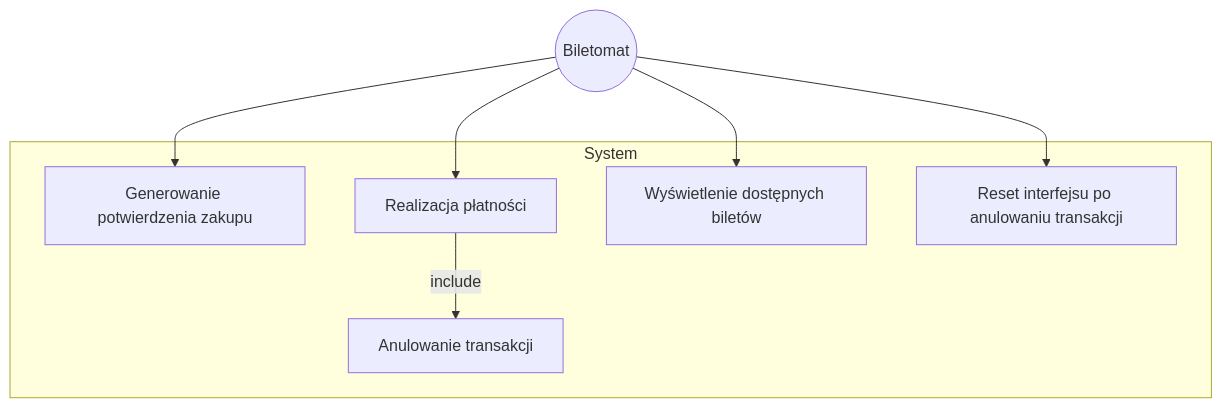
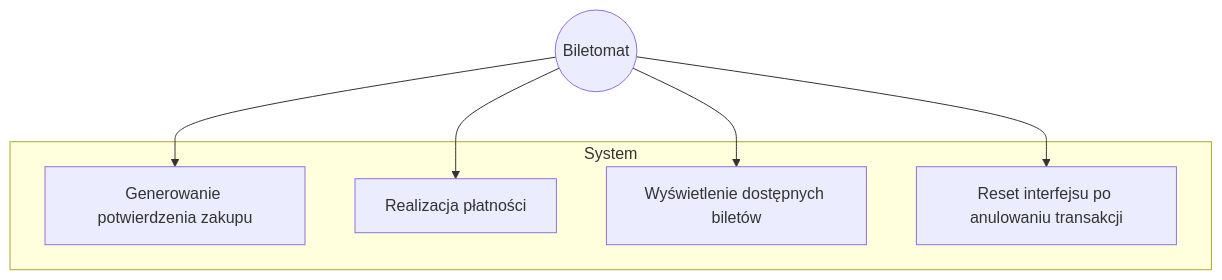
Before and after one commit to ArtemOmelchenk0/MWO: the fifth of 7 diagrams in Historie dla biletomatu.md, drawn with Mermaid. The commit also changed other lines of this file, not shown here.

````diff
--- a/Historie dla biletomatu.md
+++ b/Historie dla biletomatu.md
@@ -135,24 +135,21 @@
 ```mermaid
 graph TB
     User((Biletomat))
 
     UseCase1[Generowanie potwierdzenia zakupu]
     UseCase2[Realizacja płatności]
     UseCase3[Wyświetlenie dostępnych biletów]
     UseCase4[Reset interfejsu po anulowaniu transakcji]
-    UseCase5[Anulowanie transakcji]
 
     User --> UseCase1
     User --> UseCase2
     User --> UseCase3
     User --> UseCase4
-    UseCase2 --include-->UseCase5
     
     subgraph System
         UseCase1
         UseCase2
         UseCase3
         UseCase4
-        UseCase5
     end
 ```
````
